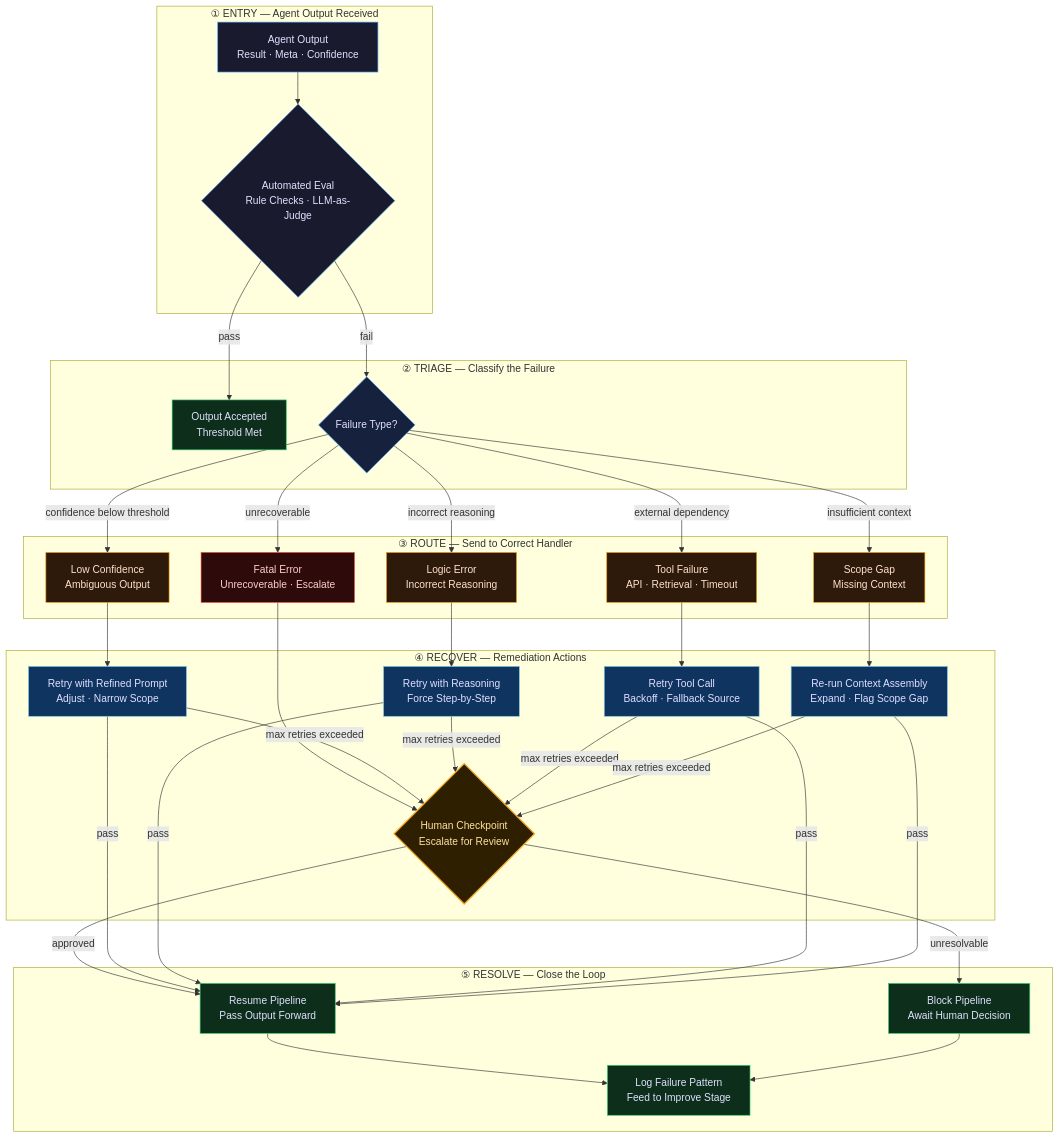
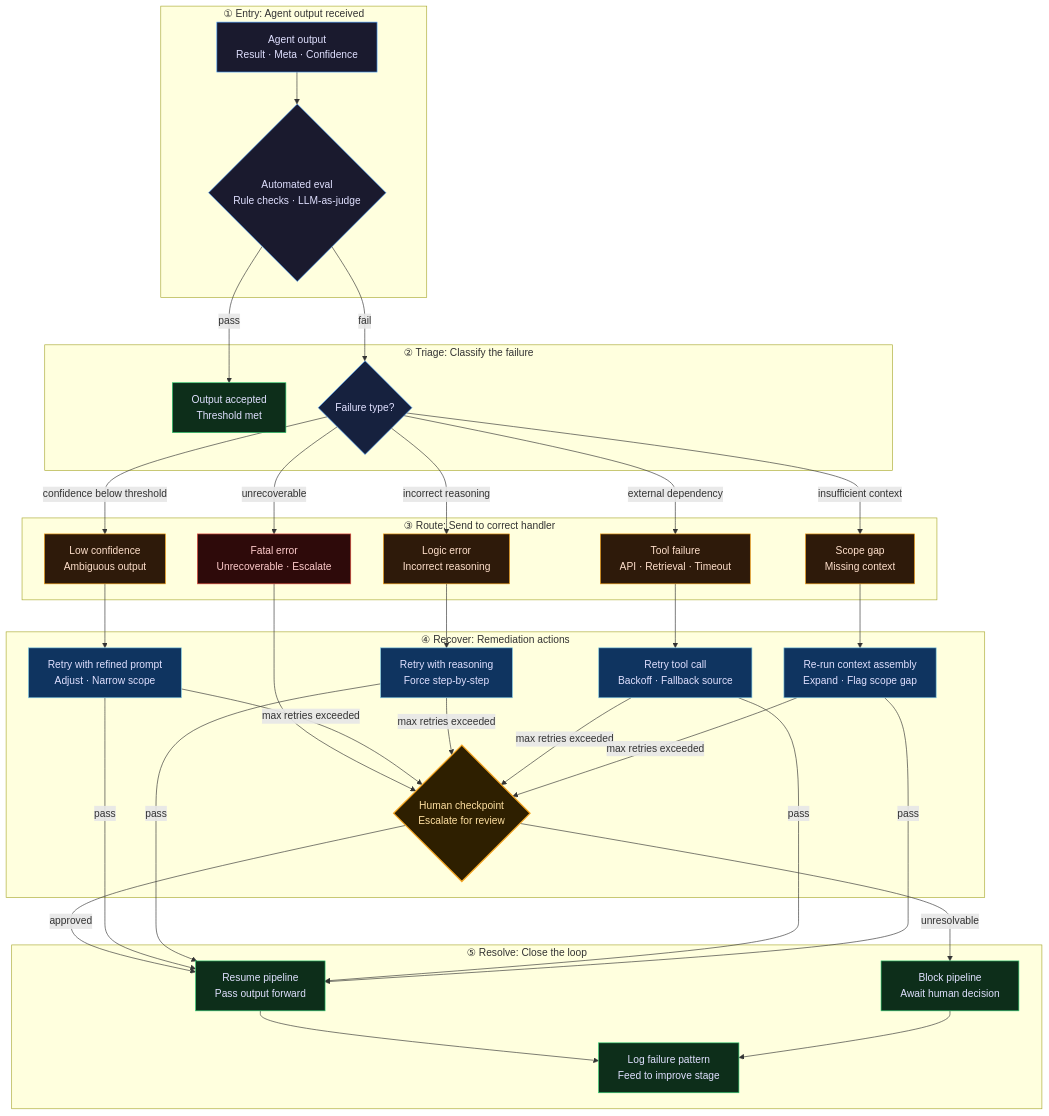
Before and after one commit to bryancalabro/bryancalabro: diagram 11 of 12 in README.md, drawn with Mermaid. The commit also changed other lines of this file and 1 other file, not shown here.

First line of the commit message:
Profile: generated diagrams and recent apps, sentence case, no em dashes

````diff
--- a/README.md
+++ b/README.md
@@ -695,77 +708,77 @@
 ```mermaid
 flowchart TD
-    subgraph ENTRY["① ENTRY — Agent Output Received"]
-        OUT["Agent Output<br/>Result · Meta · Confidence"]
-        EVAL{"Automated Eval<br/>Rule Checks · LLM-as-Judge"}
+    subgraph ENTRY["① Entry: Agent output received"]
+        OUT["Agent output<br/>Result · Meta · Confidence"]
+        EVAL{"Automated eval<br/>Rule checks · LLM-as-judge"}
         OUT --> EVAL
     end
 
-    subgraph TRIAGE["② TRIAGE — Classify the Failure"]
-        PASS["Output Accepted<br/>Threshold Met"]
-        FAIL{Failure Type?}
+    subgraph TRIAGE["② Triage: Classify the failure"]
+        PASS["Output accepted<br/>Threshold met"]
+        FAIL{Failure type?}
         EVAL -->|pass| PASS
         EVAL -->|fail| FAIL
     end
 
-    subgraph ROUTES["③ ROUTE — Send to Correct Handler"]
-        LOW["Low Confidence<br/>Ambiguous Output"]
-        LOGIC["Logic Error<br/>Incorrect Reasoning"]
-        TOOL["Tool Failure<br/>API · Retrieval · Timeout"]
-        SCOPE["Scope Gap<br/>Missing Context"]
-        FATAL["Fatal Error<br/>Unrecoverable · Escalate"]
+    subgraph ROUTES["③ Route: Send to correct handler"]
+        LOW["Low confidence<br/>Ambiguous output"]
+        LOGIC["Logic error<br/>Incorrect reasoning"]
+        TOOL["Tool failure<br/>API · Retrieval · Timeout"]
+        SCOPE["Scope gap<br/>Missing context"]
+        FATAL["Fatal error<br/>Unrecoverable · Escalate"]
         FAIL -->|confidence below threshold| LOW
         FAIL -->|incorrect reasoning| LOGIC
         FAIL -->|external dependency| TOOL
         FAIL -->|insufficient context| SCOPE
         FAIL -->|unrecoverable| FATAL
     end
 
-    subgraph RECOVER["④ RECOVER — Remediation Actions"]
-        R1["Retry with Refined Prompt<br/>Adjust · Narrow Scope"]
-        R2["Retry with Reasoning<br/>Force Step-by-Step"]
-        R3["Retry Tool Call<br/>Backoff · Fallback Source"]
-        R4["Re-run Context Assembly<br/>Expand · Flag Scope Gap"]
-        HC{"Human Checkpoint<br/>Escalate for Review"}
+    subgraph RECOVER["④ Recover: Remediation actions"]
+        R1["Retry with refined prompt<br/>Adjust · Narrow scope"]
+        R2["Retry with reasoning<br/>Force step-by-step"]
+        R3["Retry tool call<br/>Backoff · Fallback source"]
+        R4["Re-run context assembly<br/>Expand · Flag scope gap"]
+        HC{"Human checkpoint<br/>Escalate for review"}
         LOW --> R1
         LOGIC --> R2
         TOOL --> R3
         SCOPE --> R4
         FATAL --> HC
         R1 -->|max retries exceeded| HC
         R2 -->|max retries exceeded| HC
         R3 -->|max retries exceeded| HC
         R4 -->|max retries exceeded| HC
     end
 
-    subgraph RESOLVE["⑤ RESOLVE — Close the Loop"]
-        RESUME["Resume Pipeline<br/>Pass Output Forward"]
-        LOG["Log Failure Pattern<br/>Feed to Improve Stage"]
-        BLOCK["Block Pipeline<br/>Await Human Decision"]
+    subgraph RESOLVE["⑤ Resolve: Close the loop"]
+        RESUME["Resume pipeline<br/>Pass output forward"]
+        LOG["Log failure pattern<br/>Feed to improve stage"]
+        BLOCK["Block pipeline<br/>Await human decision"]
         HC -->|approved| RESUME
         HC -->|unresolvable| BLOCK
         R1 -->|pass| RESUME
         R2 -->|pass| RESUME
         R3 -->|pass| RESUME
         R4 -->|pass| RESUME
         RESUME --> LOG
         BLOCK --> LOG
     end
 
     classDef entryStyle fill:#1a1a2e,stroke:#4a9eff,color:#e0e0ff
     classDef triageStyle fill:#16213e,stroke:#4a9eff,color:#e0e0ff
     classDef routeStyle fill:#2e1a0a,stroke:#f39c12,color:#ffe0cc
     classDef recoverStyle fill:#0f3460,stroke:#7ec8e3,color:#e0e0ff
     classDef resolveStyle fill:#0d2e1a,stroke:#2ecc71,color:#e0e0ff
     classDef failStyle fill:#2e0a0a,stroke:#e74c3c,color:#ffcccc
     classDef humanStyle fill:#2e1f00,stroke:#f5a623,color:#ffe0a0,stroke-width:2px
     classDef passStyle fill:#0d2e1a,stroke:#2ecc71,color:#e0e0ff
 
     class OUT,EVAL entryStyle
     class PASS,FAIL triageStyle
     class LOW,LOGIC,TOOL,SCOPE routeStyle
     class FATAL failStyle
     class R1,R2,R3,R4 recoverStyle
     class HC humanStyle
     class RESUME,LOG,BLOCK resolveStyle
     class PASS passStyle
 ```
````
